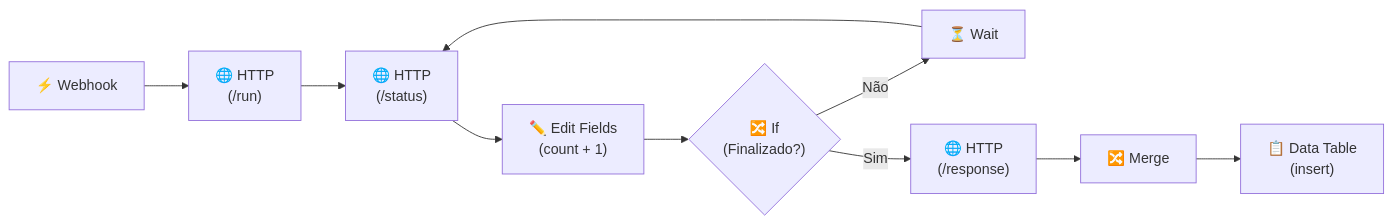
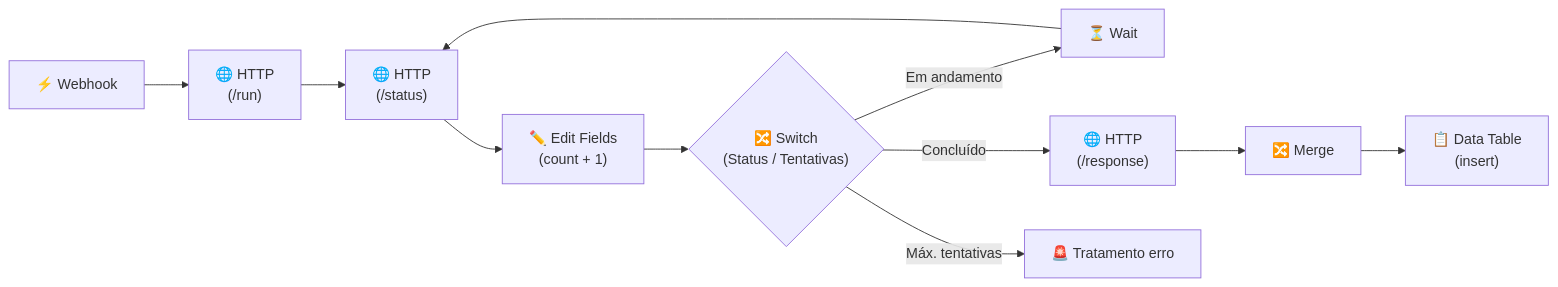
One commit to jcguimaraesnet/course-intelligent-agents changed the second of 2 diagrams in pages/n8n/slide-etapa4.md. Above: the diagram before and after it, drawn with Mermaid. The commit also changed other lines of this file, not shown here.

Commit message:
refactor: adicionar ramo de tratamento de erro com no Switch no workflow completo na etapa 4

````diff
--- a/pages/n8n/slide-etapa4.md
+++ b/pages/n8n/slide-etapa4.md
@@ -185,12 +185,13 @@
 ```mermaid {theme: 'dark'}
 flowchart LR
     A["⚡ Webhook"] --> B["🌐 HTTP<br/>(/run)"]
     B --> C["🌐 HTTP<br/>(/status)"]
     C --> D["✏️ Edit Fields<br/>(count + 1)"]
-    D --> E{"🔀 If<br/>(Finalizado?)"}
-    E -- "Não" --> F["⏳ Wait"]
+    D --> E{"🔀 Switch<br/>(Status / Tentativas)"}
+    E -- "Em andamento" --> F["⏳ Wait"]
     F --> C
-    E -- "Sim" --> G["🌐 HTTP<br/>(/response)"]
+    E -- "Concluído" --> G["🌐 HTTP<br/>(/response)"]
     G --> H["🔀 Merge"]
     H --> I["📋 Data Table<br/>(insert)"]
+    E -- "Máx. tentativas" --> J["🚨 Tratamento erro"]
 ```
````
